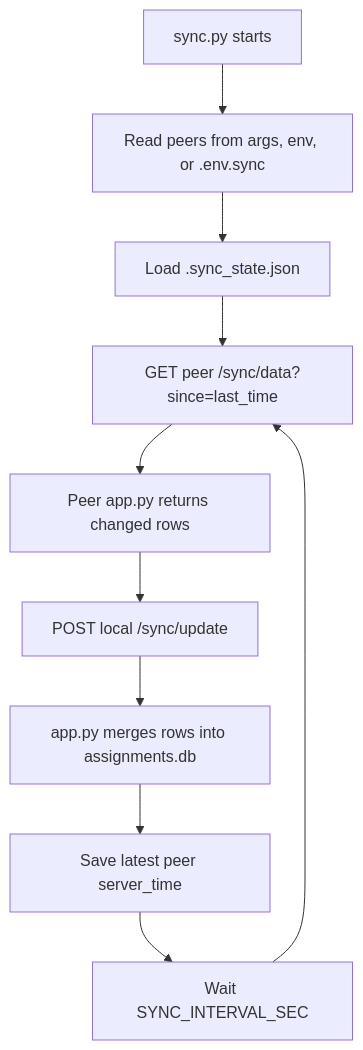
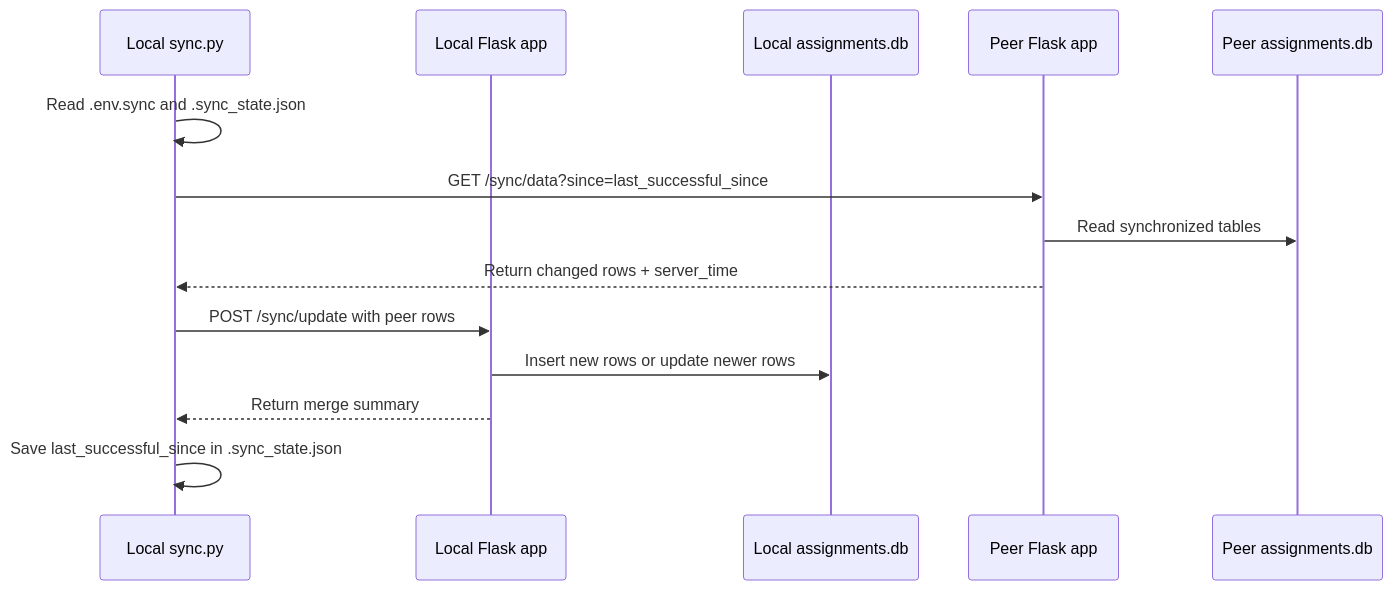
One commit to Belete-Dereje/Distribute changed the fourth of 8 diagrams in assignment-system/README.md. Above: the diagram before and after it, drawn with Mermaid. The commit also changed other lines of this file and 2 other files, not shown here.

````diff
--- a/assignment-system/README.md
+++ b/assignment-system/README.md
@@ -185,12 +263,17 @@
 ```mermaid
-flowchart TD
-    A[sync.py starts] --> B[Read peers from args, env, or .env.sync]
-    B --> C[Load .sync_state.json]
-    C --> D[GET peer /sync/data?since=last_time]
-    D --> E[Peer app.py returns changed rows]
-    E --> F[POST local /sync/update]
-    F --> G[app.py merges rows into assignments.db]
-    G --> H[Save latest peer server_time]
-    H --> I[Wait SYNC_INTERVAL_SEC]
-    I --> D
+sequenceDiagram
+    participant Worker as Local sync.py
+    participant Local as Local Flask app
+    participant LocalDB as Local assignments.db
+    participant Peer as Peer Flask app
+    participant PeerDB as Peer assignments.db
+
+    Worker->>Worker: Read .env.sync and .sync_state.json
+    Worker->>Peer: GET /sync/data?since=last_successful_since
+    Peer->>PeerDB: Read synchronized tables
+    Peer-->>Worker: Return changed rows + server_time
+    Worker->>Local: POST /sync/update with peer rows
+    Local->>LocalDB: Insert new rows or update newer rows
+    Local-->>Worker: Return merge summary
+    Worker->>Worker: Save last_successful_since in .sync_state.json
 ```
````
